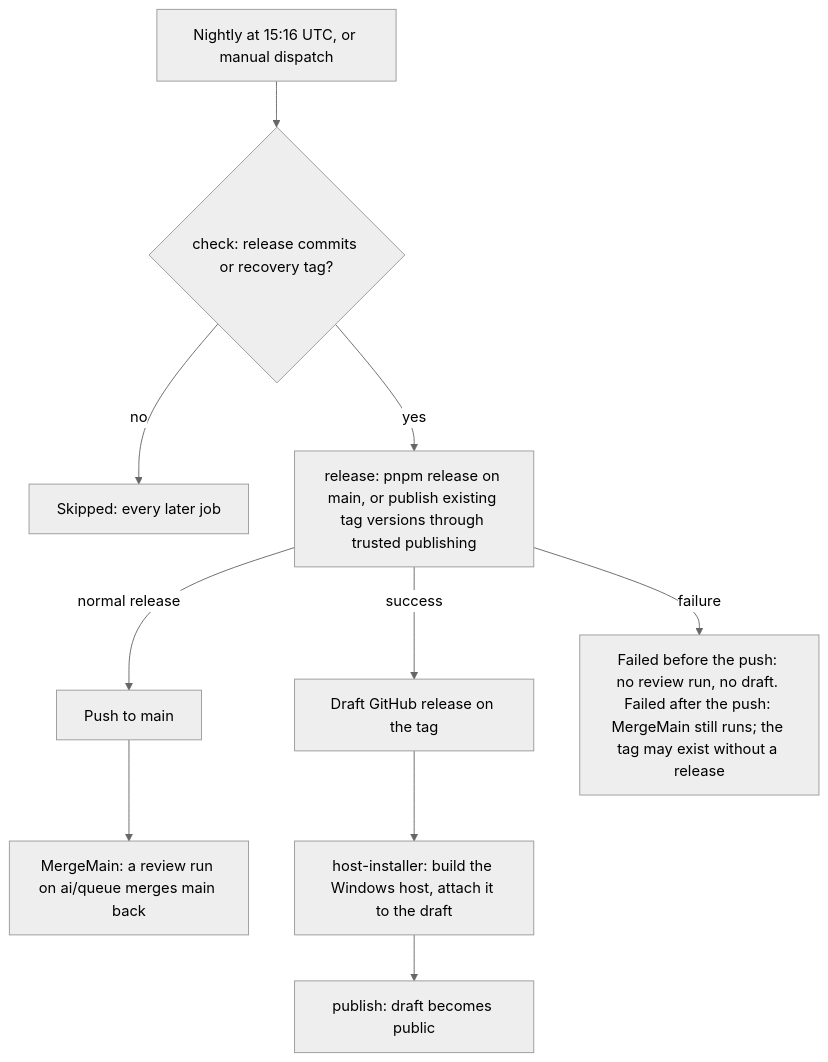
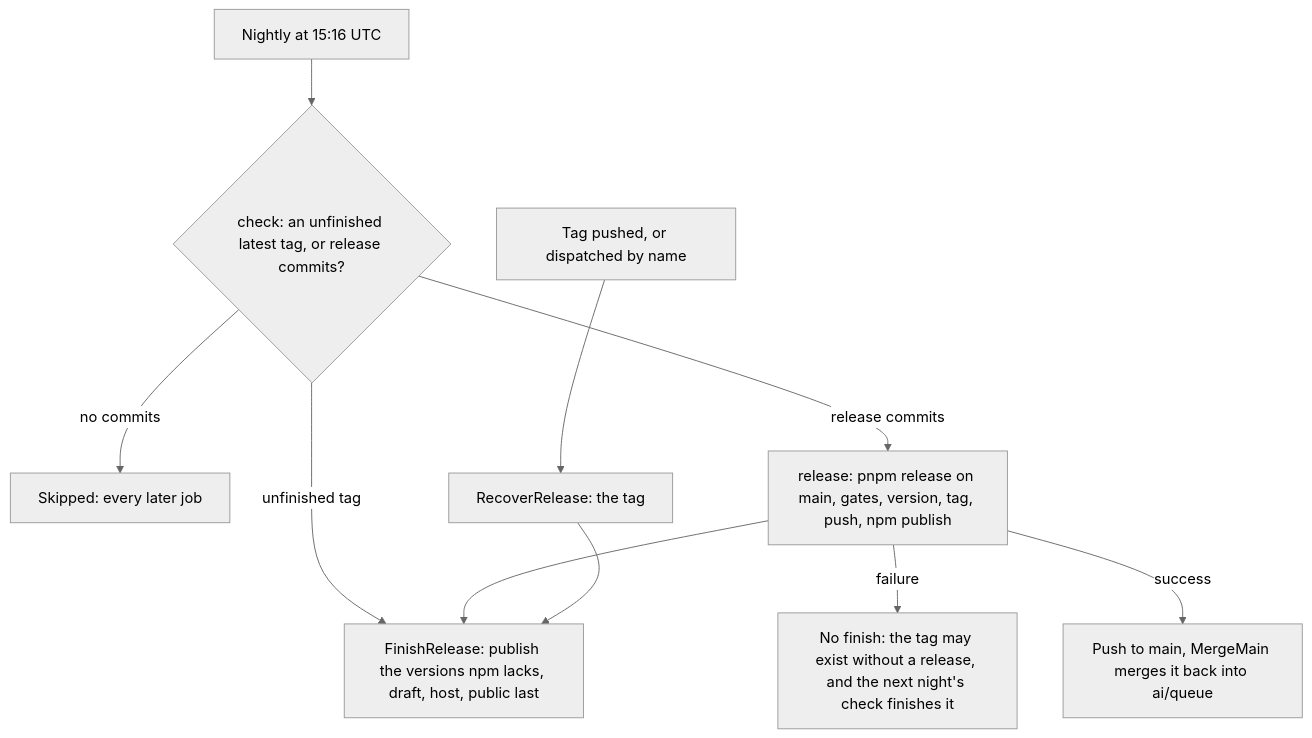
One commit to Esposter/Esposter changed the diagram in openspec/specs/architecture/release-flow/design.md. Above: the diagram before and after it, drawn with Mermaid (neutral theme). The commit also changed other lines of this file and 6 other files, not shown here.

First line of the commit message:
ci(release): the GitHub release is finished by one reusable workflow, which a pushed tag and an unfinished latest tag both reach

````diff
--- a/openspec/specs/architecture/release-flow/design.md
+++ b/openspec/specs/architecture/release-flow/design.md
@@ -7,12 +7,13 @@
 ```mermaid
 flowchart TD
-  Trigger[Nightly at 15:16 UTC, or manual dispatch] --> Check{check: release commits or recovery tag?}
-  Check -- no --> Skip[Skipped: every later job]
-  Check -- yes --> Release[release: pnpm release on main, or publish existing tag versions through trusted publishing]
-  Release -- normal release --> Main[Push to main]
-  Main --> Merge[MergeMain: a review run on ai/queue merges main back]
-  Release -- success --> Draft[Draft GitHub release on the tag]
-  Release -- failure --> Held[Failed before the push: no review run, no draft. Failed after the push: MergeMain still runs; the tag may exist without a release]
-  Draft --> Host[host-installer: build the Windows host, attach it to the draft]
-  Host --> Publish[publish: draft becomes public]
+  Night[Nightly at 15:16 UTC] --> Check{check: an unfinished latest tag, or release commits?}
+  Check -- unfinished tag --> Finish
+  Check -- no commits --> Skip[Skipped: every later job]
+  Check -- release commits --> Release[release: pnpm release on main, gates, version, tag, push, npm publish]
+  Release -- failure --> Held[No finish: the tag may exist without a release, and the next night's check finishes it]
+  Release -- success --> Main[Push to main, MergeMain merges it back into ai/queue]
+  Release --> Finish
+  Push[Tag pushed, or dispatched by name] --> Recover[RecoverRelease: the tag]
+  Recover --> Finish
+  Finish[FinishRelease: publish the versions npm lacks, draft, host, public last]
 ```
````
